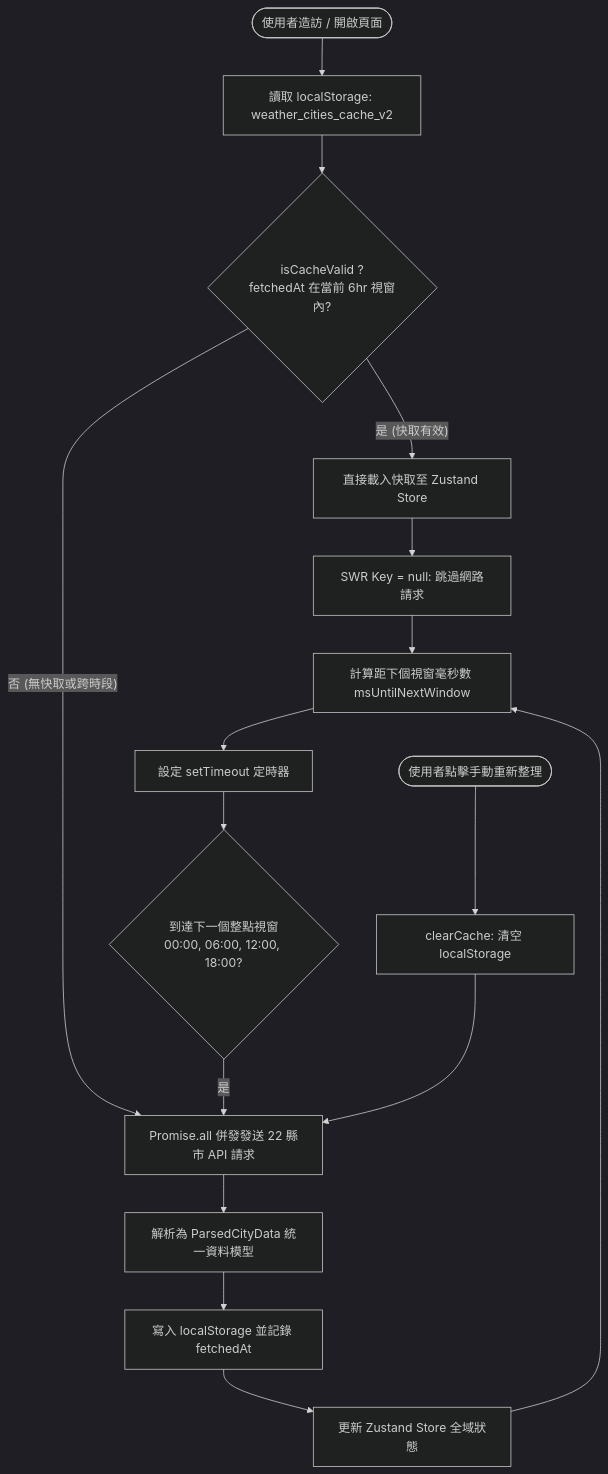
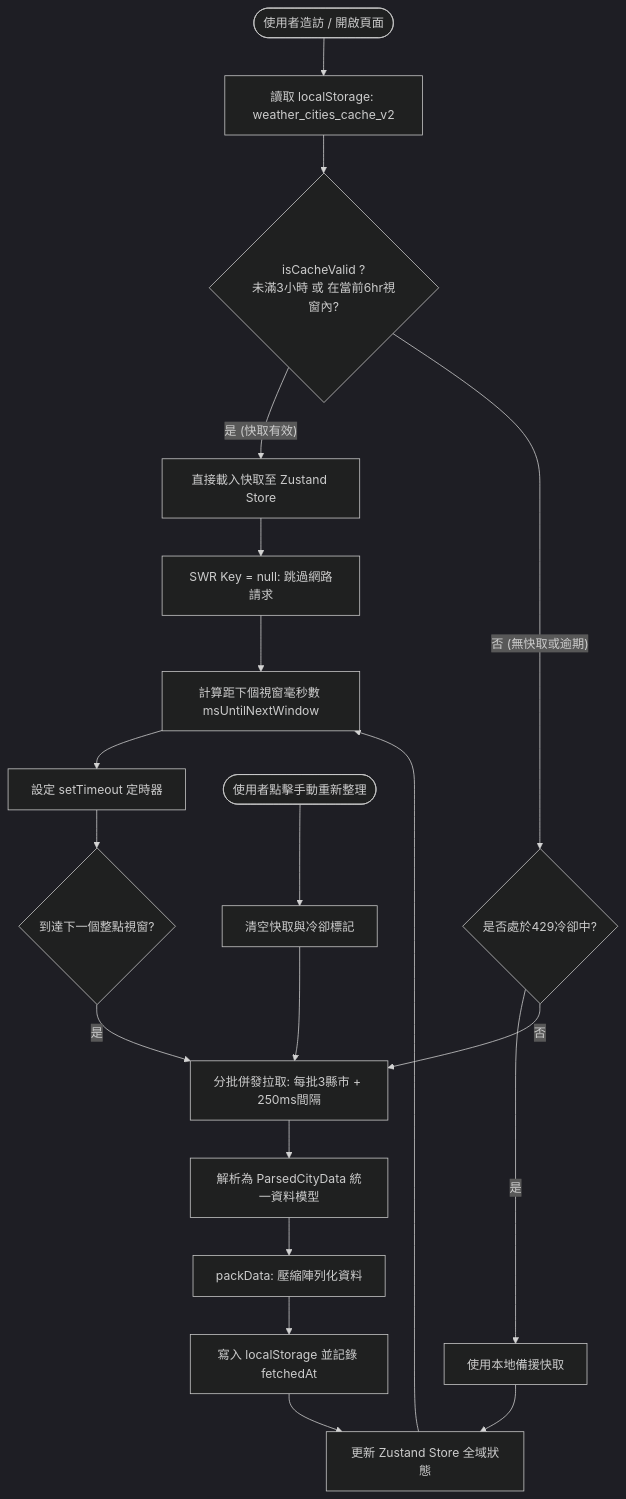
Before and after one commit to brian890804/Weather: the diagram in WEATHER_API_AND_DATA_STRUCTURE.md, drawn with Mermaid (dark theme). The commit also changed other lines of this file and 1 other file, not shown here.

````diff
--- a/WEATHER_API_AND_DATA_STRUCTURE.md
+++ b/WEATHER_API_AND_DATA_STRUCTURE.md
@@ -85,22 +96,27 @@
 ```mermaid
 flowchart TD
     Start([使用者造訪 / 開啟頁面]) --> ReadStorage[讀取 localStorage: weather_cities_cache_v2]
-    ReadStorage --> CheckValid{isCacheValid ?<br/>fetchedAt 在當前 6hr 視窗內?}
+    ReadStorage --> CheckValid{isCacheValid ?<br/>未滿3小時 或 在當前6hr視窗內?}
     
     CheckValid -- 是 (快取有效) --> LoadCache[直接載入快取至 Zustand Store]
     LoadCache --> SWRNull[SWR Key = null: 跳過網路請求]
     SWRNull --> CalcNext[計算距下個視窗毫秒數 msUntilNextWindow]
     
-    CheckValid -- 否 (無快取或跨時段) --> FetchAPI[Promise.all 併發發送 22 縣市 API 請求]
-    FetchAPI --> Parse[解析為 ParsedCityData 統一資料模型]
-    Parse --> WriteCache[寫入 localStorage 並記錄 fetchedAt]
+    CheckValid -- 否 (無快取或逾期) --> Check429{是否處於429冷卻中?}
+    Check429 -- 是 --> FallbackCache[使用本地備援快取]
+    Check429 -- 否 --> FetchBatch[分批併發拉取: 每批3縣市 + 250ms間隔]
+    
+    FetchBatch --> Parse[解析為 ParsedCityData 統一資料模型]
+    Parse --> Compress[packData: 壓縮陣列化資料]
+    Compress --> WriteCache[寫入 localStorage 並記錄 fetchedAt]
     WriteCache --> UpdateStore[更新 Zustand Store 全域狀態]
+    FallbackCache --> UpdateStore
     UpdateStore --> CalcNext
     
     CalcNext --> SetTimeout[設定 setTimeout 定時器]
-    SetTimeout --> NextWindow{到達下一個整點視窗<br/>00:00, 06:00, 12:00, 18:00?}
-    NextWindow -- 是 --> FetchAPI
+    SetTimeout --> NextWindow{到達下一個整點視窗?}
+    NextWindow -- 是 --> FetchBatch
     
-    UserClick([使用者點擊手動重新整理]) --> ClearCache[clearCache: 清空 localStorage]
-    ClearCache --> FetchAPI
+    UserClick([使用者點擊手動重新整理]) --> ClearCache[清空快取與冷卻標記]
+    ClearCache --> FetchBatch
 ```
````
